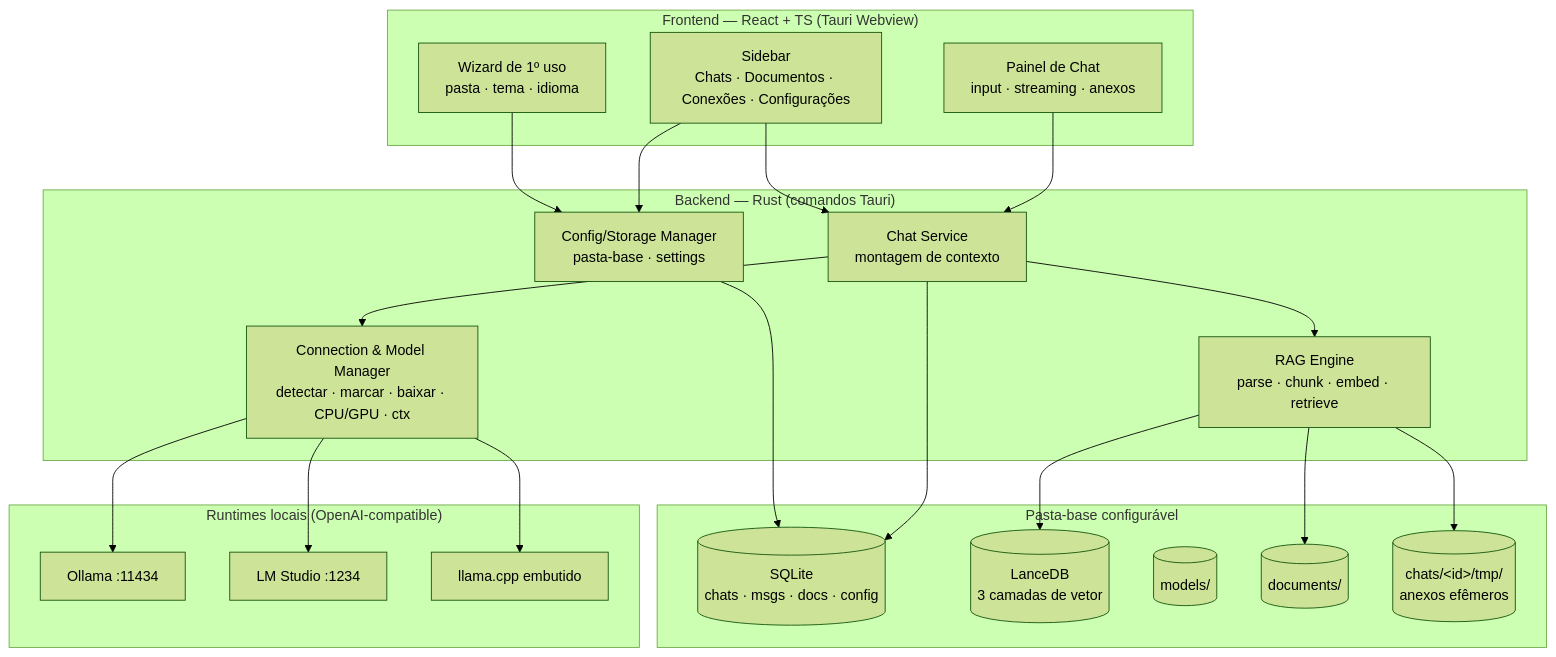
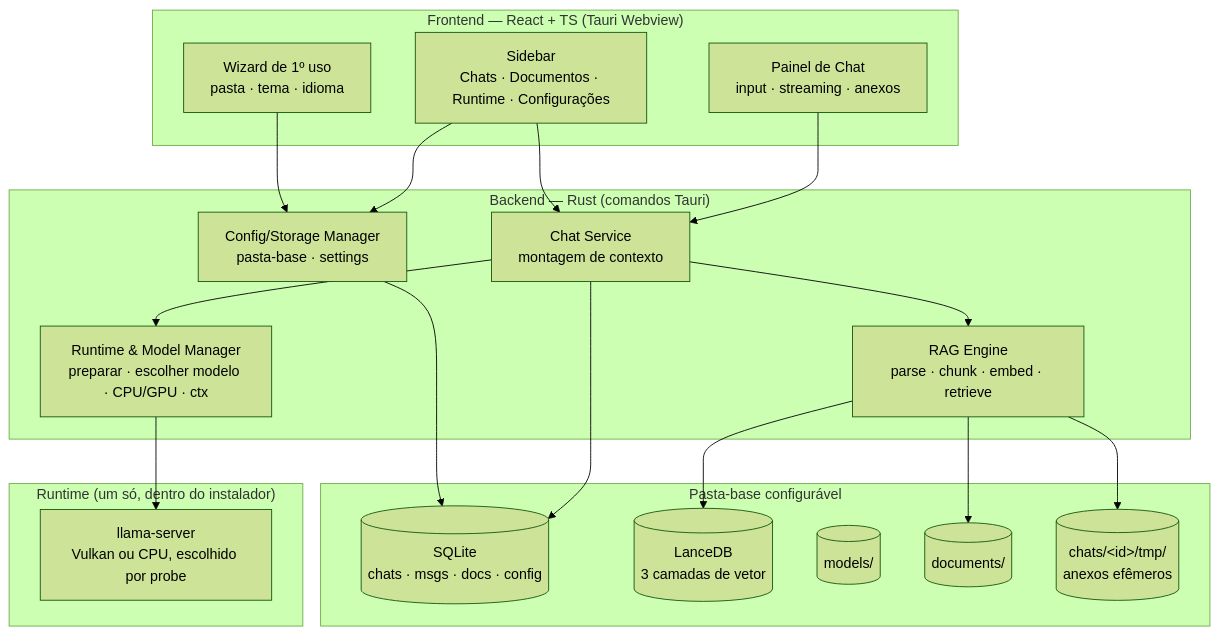
One commit to rafaelsene01/agent-local changed the diagram in .specs/project/ROADMAP.md. Above: the diagram before and after it, drawn with Mermaid (forest theme). The commit also changed other lines of this file and 87 other files, not shown here.

````diff
--- a/.specs/project/ROADMAP.md
+++ b/.specs/project/ROADMAP.md
@@ -14,34 +16,32 @@
 ```mermaid
 flowchart TB
     subgraph UI["Frontend — React + TS (Tauri Webview)"]
-        SB["Sidebar<br/>Chats · Documentos · Conexões · Configurações"]
+        SB["Sidebar<br/>Chats · Documentos · Runtime · Configurações"]
         CHAT["Painel de Chat<br/>input · streaming · anexos"]
         WIZ["Wizard de 1º uso<br/>pasta · tema · idioma"]
     end
     subgraph CORE["Backend — Rust (comandos Tauri)"]
         CFG["Config/Storage Manager<br/>pasta-base · settings"]
         CHATSVC["Chat Service<br/>montagem de contexto"]
-        CONN["Connection & Model Manager<br/>detectar · marcar · baixar · CPU/GPU · ctx"]
+        CONN["Runtime & Model Manager<br/>preparar · escolher modelo · CPU/GPU · ctx"]
         RAG["RAG Engine<br/>parse · chunk · embed · retrieve"]
     end
     subgraph STORE["Pasta-base configurável"]
         SQL[(SQLite<br/>chats · msgs · docs · config)]
         VEC[(LanceDB<br/>3 camadas de vetor)]
         MODELS[("models/")]
         DOCS[("documents/")]
         TMP[("chats/&lt;id&gt;/tmp/<br/>anexos efêmeros")]
     end
-    subgraph LLM["Runtimes locais (OpenAI-compatible)"]
-        OLL["Ollama :11434"]
-        LMS["LM Studio :1234"]
-        LCPP["llama.cpp embutido"]
+    subgraph LLM["Runtime (um só, dentro do instalador)"]
+        LCPP["llama-server<br/>Vulkan ou CPU, escolhido por probe"]
     end
     WIZ --> CFG
     SB --> CFG & CHATSVC
     CHAT --> CHATSVC
     CHATSVC --> CONN & RAG
     CFG --> SQL
-    CONN --> OLL & LMS & LCPP
+    CONN --> LCPP
     RAG --> VEC & DOCS & TMP
     CHATSVC --> SQL
 ```
````
